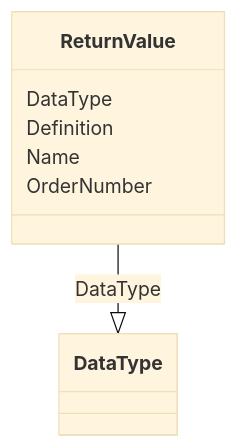
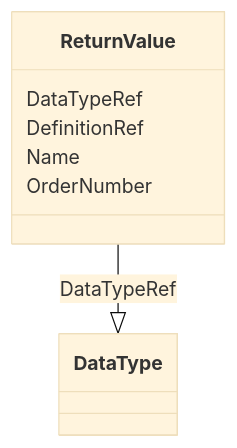
One commit to cdisc-org/DataExchange-ODM-LinkML changed the diagram in docs/ReturnValue.md. Above: the diagram before and after it, drawn with Mermaid (base theme). The commit also changed other lines of this file and 398 other files, not shown here.

Commit message:
refreshing for latest updates to schema

````diff
--- a/docs/ReturnValue.md
+++ b/docs/ReturnValue.md
@@ -9,15 +9,15 @@
 ```mermaid
  classDiagram
     class ReturnValue
-      ReturnValue : DataType
+      ReturnValue : DataTypeRef
         
-          ReturnValue --|> DataType : DataType
+          ReturnValue --|> DataType : DataTypeRef
         
-      ReturnValue : Definition
+      ReturnValue : DefinitionRef
         
       ReturnValue : Name
         
       ReturnValue : OrderNumber
         
       
 ```
````
